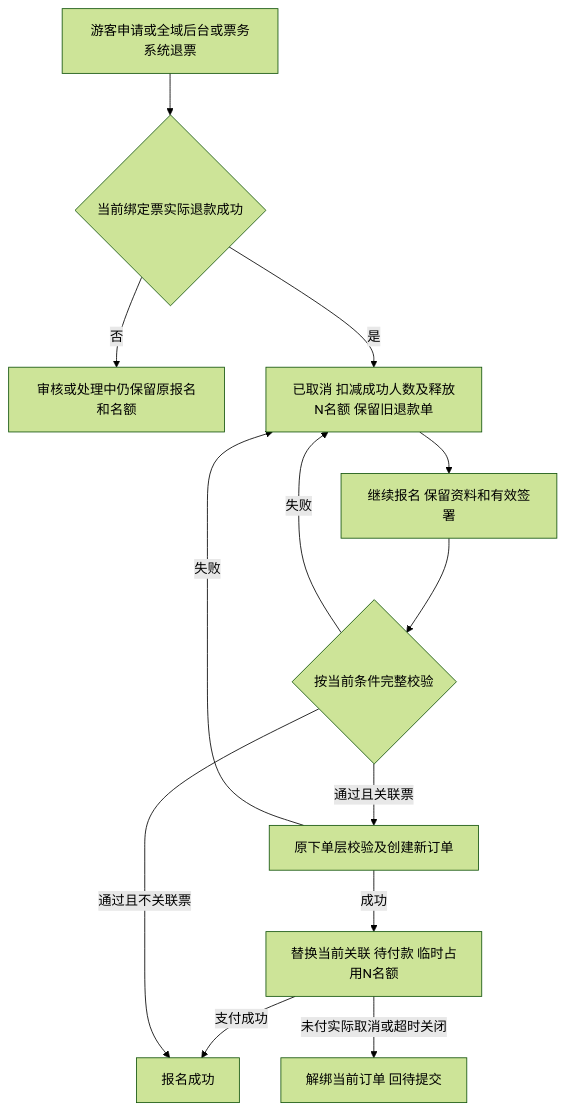
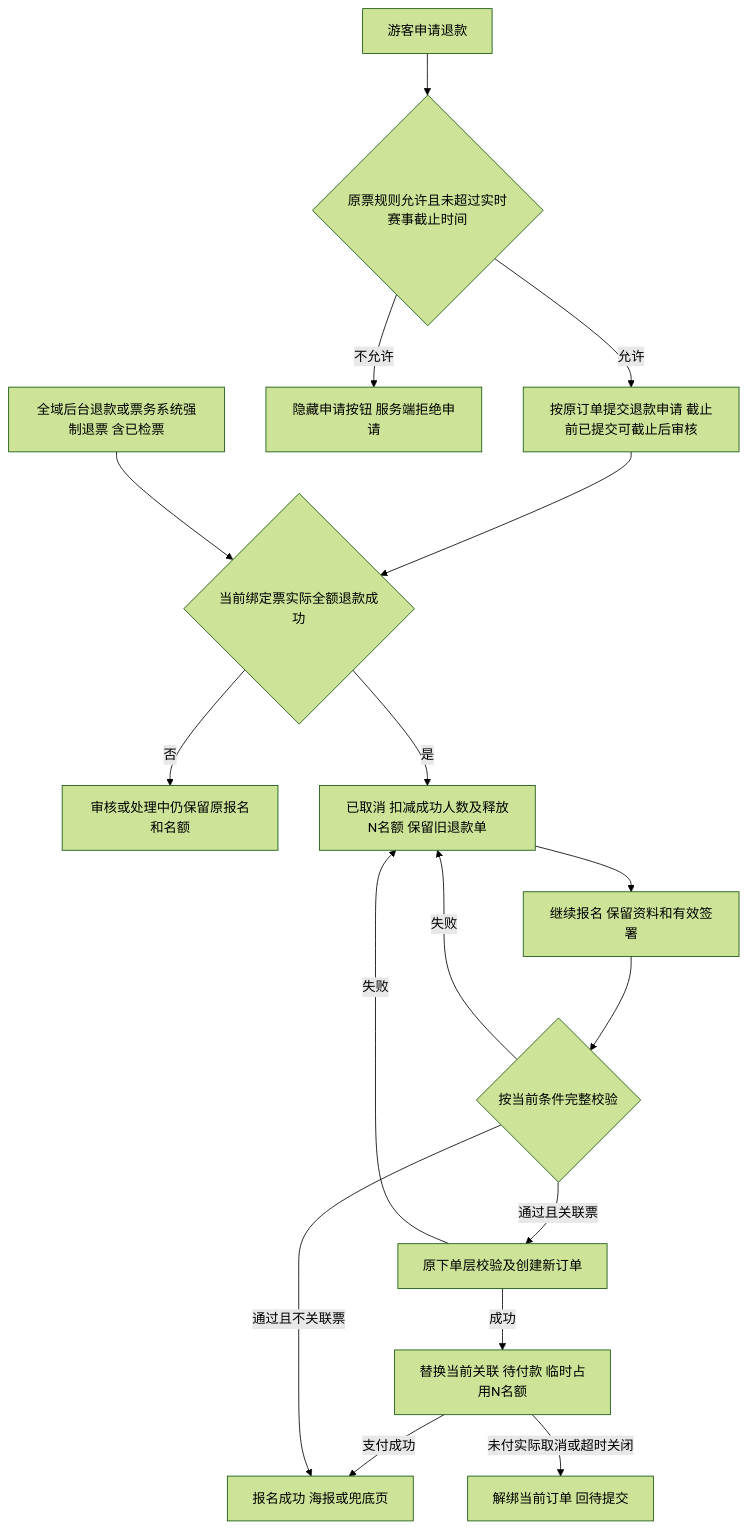
Before and after one commit to susantung/yanuoda: the eighth of 8 diagrams in dev-test-versions/2026-event-registration-20261110/方案与需求/2026-event-registration-20261110/02-全程流程图.md, drawn with Mermaid (forest theme). The commit also changed other lines of this file and 19 other files, not shown here.

Commit message:
Unify event documentation menus and update confirmed registration flows

````diff
--- a/dev-test-versions/2026-event-registration-20261110/方案与需求/2026-event-registration-20261110/02-全程流程图.md
+++ b/dev-test-versions/2026-event-registration-20261110/方案与需求/2026-event-registration-20261110/02-全程流程图.md
@@ -264,15 +282,19 @@
 ```mermaid
 flowchart TD
- A[游客申请或全域后台或票务系统退票] --> B{当前绑定票实际退款成功}
+ A[游客申请退款] --> V{原票规则允许且未超过实时赛事截止时间}
+ V -->|允许| W[按原订单提交退款申请 截止前已提交可截止后审核]
+ V -->|不允许| X[隐藏申请按钮 服务端拒绝申请]
+ W --> B{当前绑定票实际全额退款成功}
+ Y[全域后台退款或票务系统强制退票 含已检票] --> B
  B -->|否| C[审核或处理中仍保留原报名和名额]
  B -->|是| D[已取消 扣减成功人数及释放N名额 保留旧退款单]
  D --> E[继续报名 保留资料和有效签署]
  E --> F{按当前条件完整校验}
  F -->|失败| D
  F -->|通过且关联票| G[原下单层校验及创建新订单]
  G -->|失败| D
  G -->|成功| H[替换当前关联 待付款 临时占用N名额]
- H -->|支付成功| I[报名成功]
+ H -->|支付成功| I[报名成功 海报或兜底页]
  H -->|未付实际取消或超时关闭| J[解绑当前订单 回待提交]
  F -->|通过且不关联票| I
 ```
````
